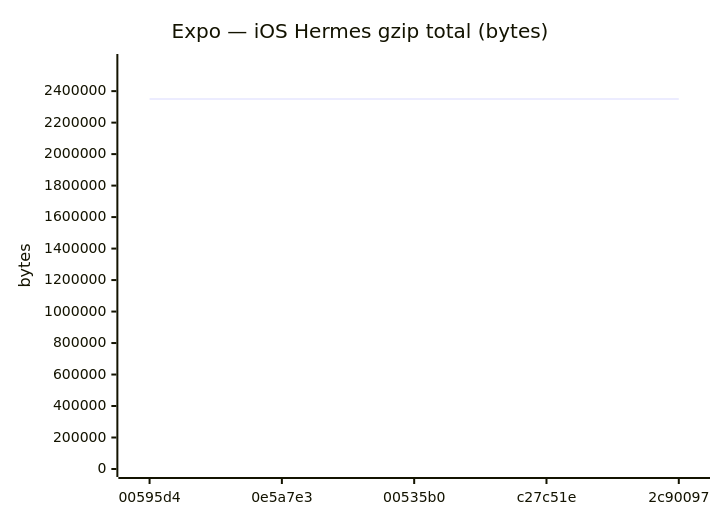
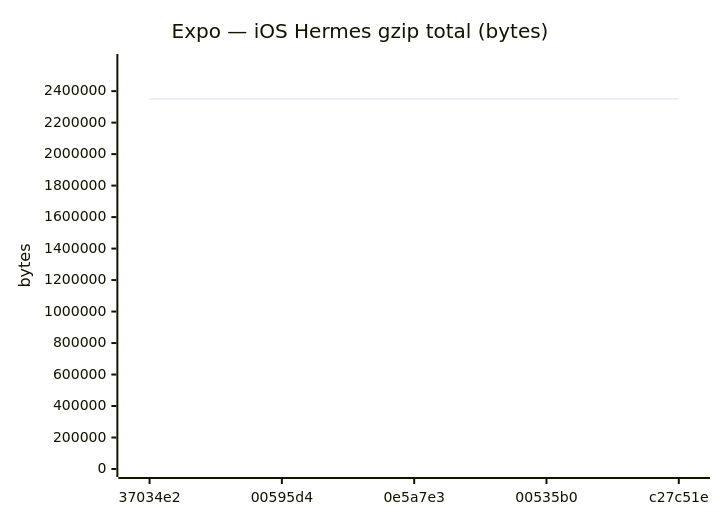
Before and after one commit to Metaheurist/Rianell: diagram 16 of 24 in benchmarks/compare.md, drawn with Mermaid. The commit also changed other lines of this file and 12 other files, not shown here.

````diff
--- a/benchmarks/compare.md
+++ b/benchmarks/compare.md
@@ -216,7 +220,7 @@
 ```mermaid
 xychart-beta
     title "Expo — iOS Hermes gzip total (bytes)"
-    x-axis ["00595d4", "0e5a7e3", "00535b0", "c27c51e", "2c90097"]
+    x-axis ["37034e2", "00595d4", "0e5a7e3", "00535b0", "c27c51e"]
     y-axis "bytes" 0 --> 2585051
-    line [2350046, 2350041, 2349868, 2349864, 2349868]
+    line [2350043, 2350046, 2350041, 2349868, 2349864]
 ```
````
